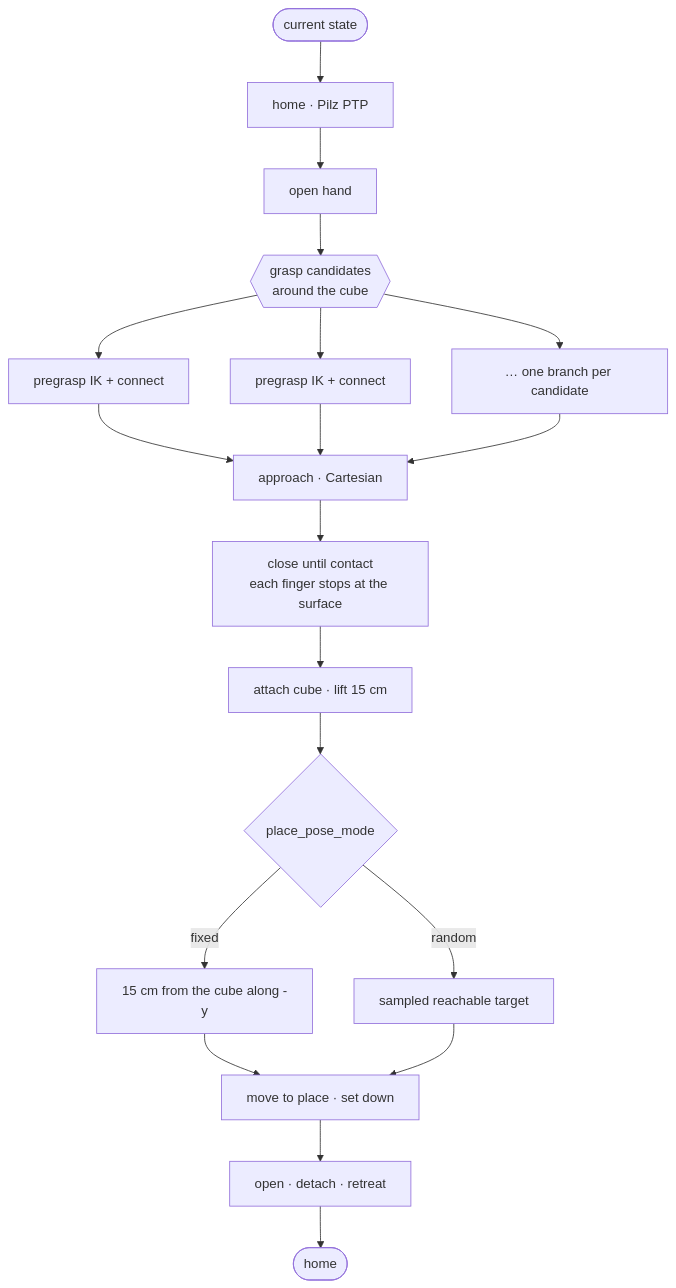
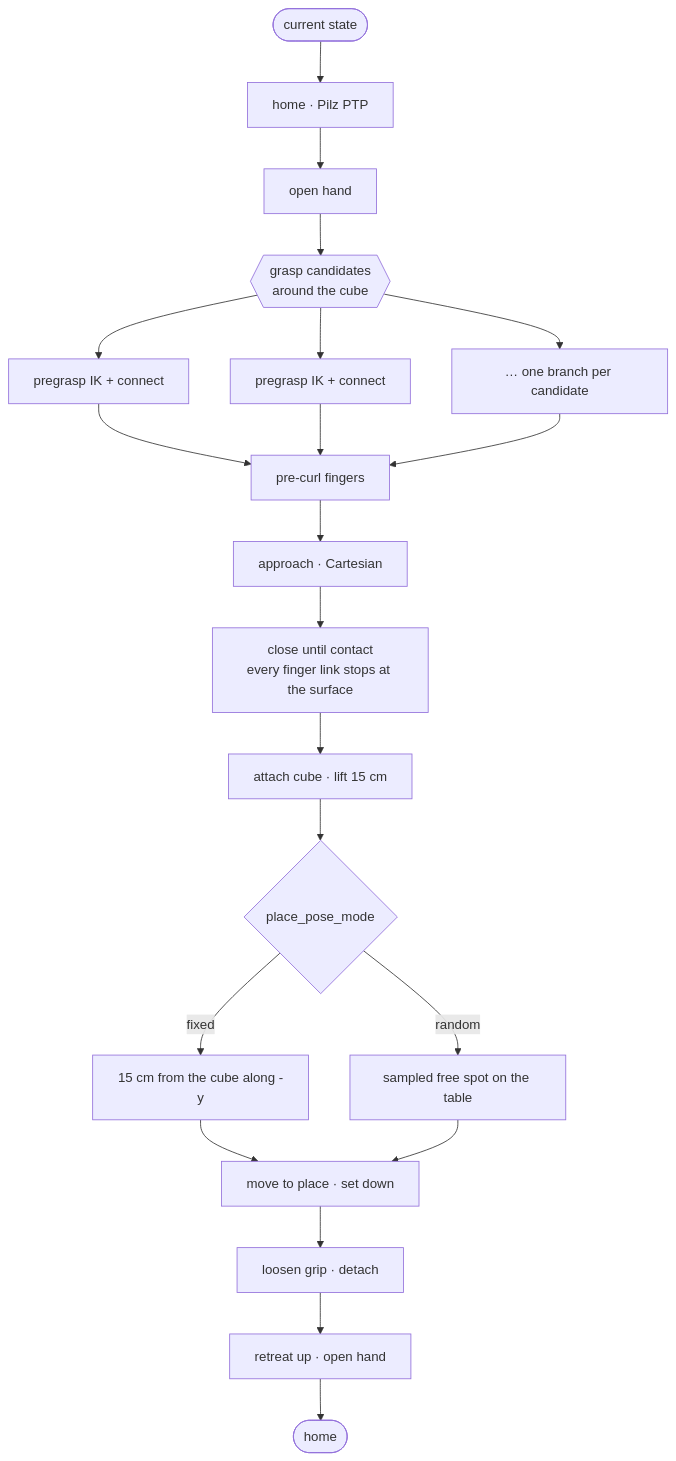
One commit to ookkshirsagar/moveit-mtc-pick-and-place changed the third of 5 diagrams in README.md. Above: the diagram before and after it, drawn with Mermaid. The commit also changed other lines of this file and 4 other files, not shown here.

First line of the commit message:
Bring the README diagrams in line with the pipeline

````diff
--- a/README.md
+++ b/README.md
@@ -201,18 +206,20 @@
 ```mermaid
 flowchart TD
     A([current state]) --> B[home · Pilz PTP]
     B --> C[open hand]
     C --> D{{"grasp candidates<br/>around the cube"}}
     D --> E1[pregrasp IK + connect]
     D --> E2[pregrasp IK + connect]
     D --> E3[" … one branch per candidate"]
-    E1 & E2 & E3 --> F[approach · Cartesian]
-    F --> G["close until contact<br/>each finger stops at the surface"]
+    E1 & E2 & E3 --> PC[pre-curl fingers]
+    PC --> F[approach · Cartesian]
+    F --> G["close until contact<br/>every finger link stops at the surface"]
     G --> H[attach cube · lift 15 cm]
     H --> P{place_pose_mode}
     P -- fixed --> P1[15 cm from the cube along -y]
-    P -- random --> P2[sampled reachable target]
+    P -- random --> P2[sampled free spot on the table]
     P1 & P2 --> I[move to place · set down]
-    I --> J[open · detach · retreat]
-    J --> K([home])
+    I --> J[loosen grip · detach]
+    J --> R[retreat up · open hand]
+    R --> K([home])
 ```
````
